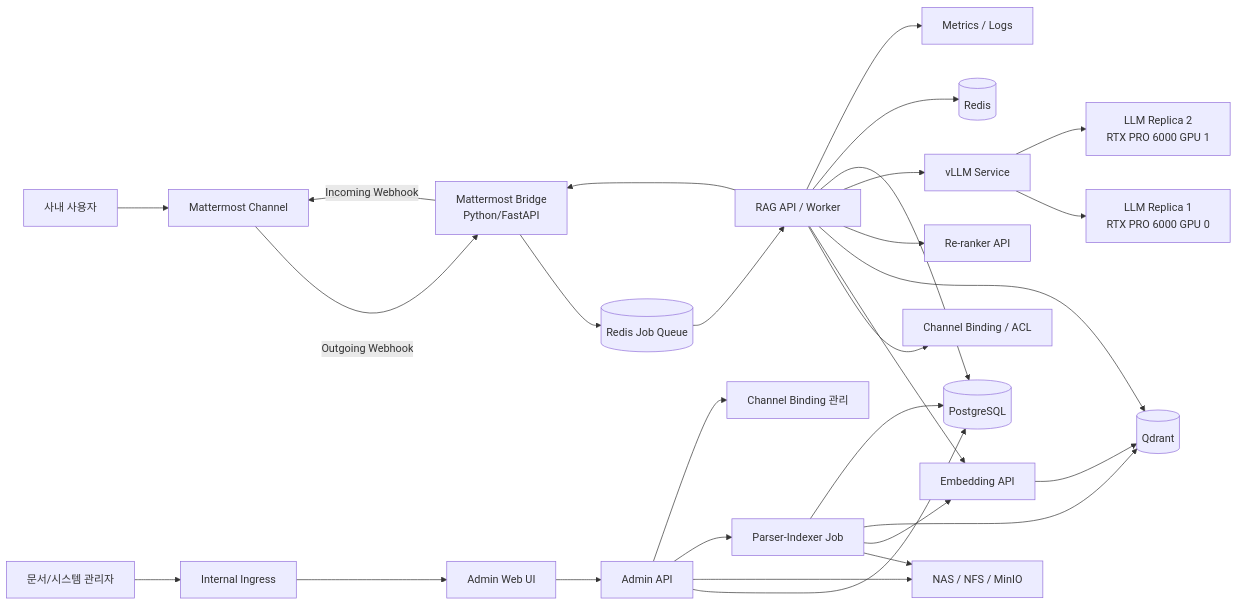
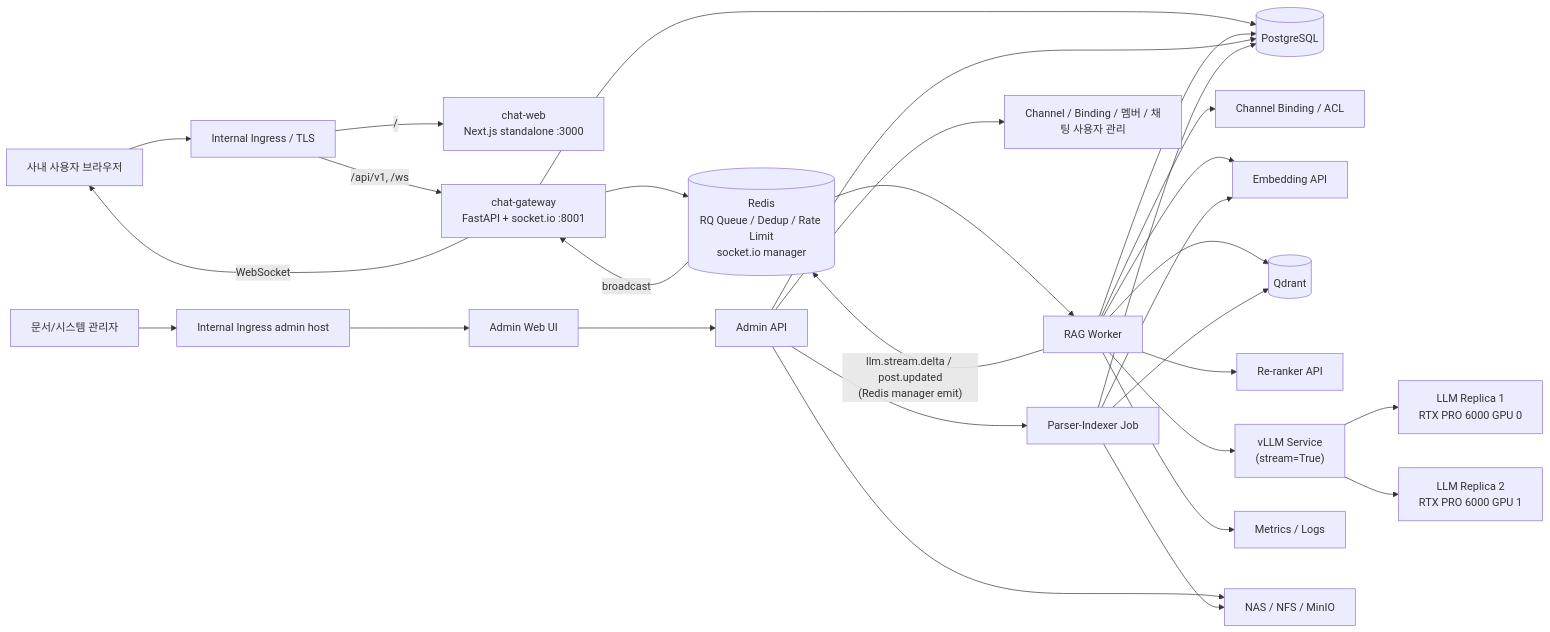
One commit to Lee79-CK/rag_system changed the first of 6 diagrams in docs/PRD.md. Above: the diagram before and after it, drawn with Mermaid. The commit also changed other lines of this file and 183 other files, not shown here.

````diff
--- a/docs/PRD.md
+++ b/docs/PRD.md
@@ -322,32 +337,33 @@
 ```mermaid
 flowchart LR
-    U[사내 사용자] --> MM[Mattermost Channel]
-    MM -- Outgoing Webhook --> MMB["Mattermost Bridge\nPython/FastAPI"]
-    MMB --> Q[(Redis Job Queue)]
-    Q --> RAG[RAG API / Worker]
+    U[사내 사용자 브라우저] --> ING[Internal Ingress / TLS]
+    ING -- "/" --> CWEB["chat-web\nNext.js standalone :3000"]
+    ING -- "/api/v1, /ws" --> GW["chat-gateway\nFastAPI + socket.io :8001"]
+    GW --> PG[(PostgreSQL)]
+    GW --> REDIS[(Redis\nRQ Queue / Dedup / Rate Limit\nsocket.io manager)]
+    REDIS --> RAG[RAG Worker]
     RAG --> BIND["Channel Binding / ACL"]
     RAG --> EMB[Embedding API]
-    EMB --> VDB[(Qdrant)]
-    RAG --> VDB
+    RAG --> VDB[(Qdrant)]
     RAG --> RR[Re-ranker API]
-    RAG --> LLM[vLLM Service]
+    RAG --> LLM["vLLM Service\n(stream=True)"]
     LLM --> M1["LLM Replica 1\nRTX PRO 6000 GPU 0"]
     LLM --> M2["LLM Replica 2\nRTX PRO 6000 GPU 1"]
-    RAG --> PG[(PostgreSQL)]
-    RAG --> REDIS[(Redis)]
+    RAG --> PG
+    RAG -- "llm.stream.delta / post.updated\n(Redis manager emit)" --> REDIS
+    REDIS -- broadcast --> GW
+    GW -- WebSocket --> U
     RAG --> OBS["Metrics / Logs"]
-    RAG --> MMB
-    MMB -- Incoming Webhook --> MM
 
-    ADMIN[문서/시스템 관리자] --> ING[Internal Ingress]
-    ING --> AWEB[Admin Web UI]
+    ADMIN[문서/시스템 관리자] --> ING2[Internal Ingress admin host]
+    ING2 --> AWEB[Admin Web UI]
     AWEB --> ADM[Admin API]
     ADM --> PG
     ADM --> OBJ["NAS / NFS / MinIO"]
     ADM --> JOB[Parser-Indexer Job]
-    ADM --> BCFG[Channel Binding 관리]
+    ADM --> BCFG["Channel / Binding / 멤버 / 채팅 사용자 관리"]
     JOB --> OBJ
     JOB --> EMB
     JOB --> VDB
     JOB --> PG
 ```
````
